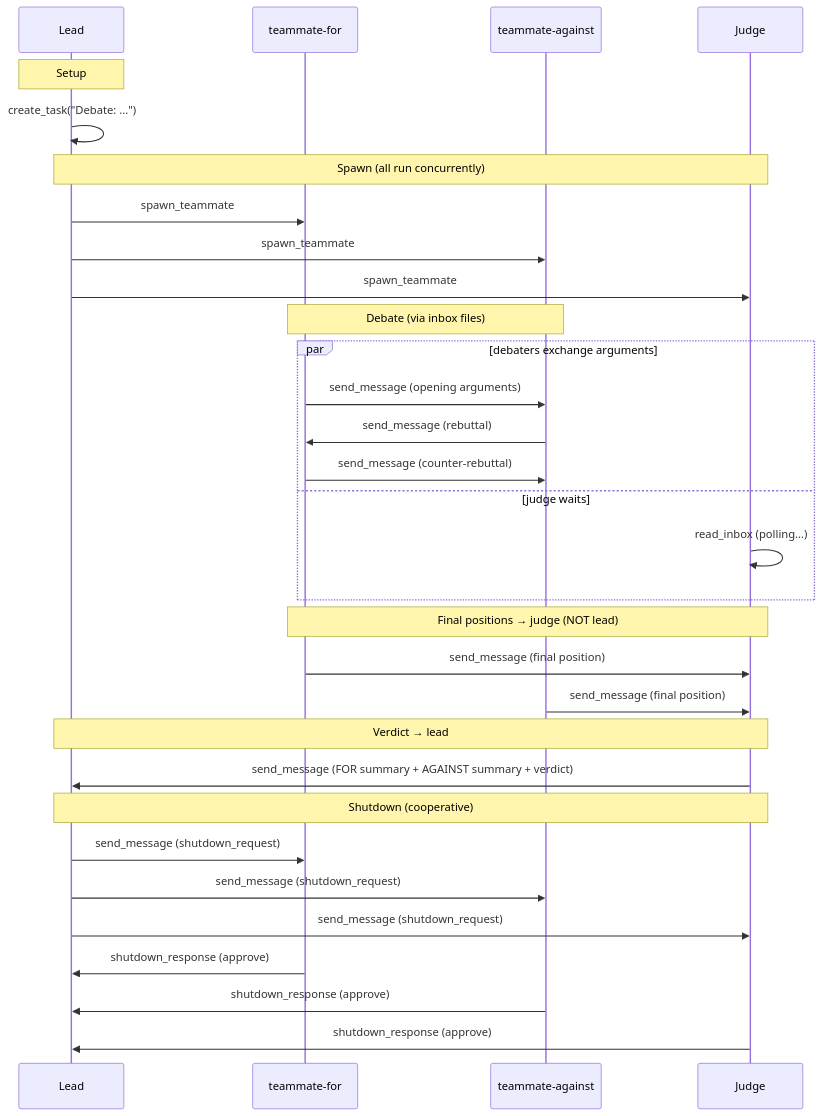
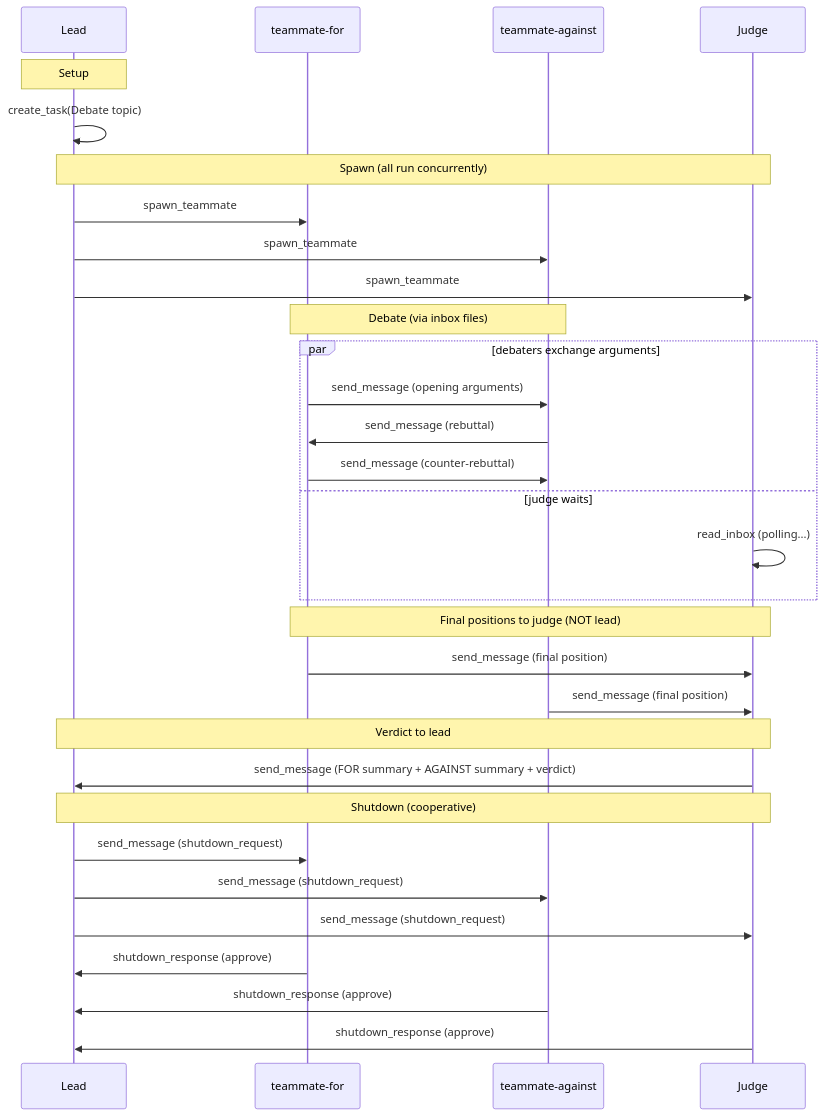
Before and after one commit to hippogriff-ai/concept-demos: the diagram in nano_team/README.md, drawn with Mermaid.

Commit message:
Fix mermaid syntax: remove unicode arrows and quotes

````diff
--- a/nano_team/README.md
+++ b/nano_team/README.md
@@ -133,39 +133,39 @@
 ```mermaid
 sequenceDiagram
     participant L as Lead
     participant F as teammate-for
     participant A as teammate-against
     participant J as Judge
 
     Note over L: Setup
-    L->>L: create_task("Debate: ...")
+    L->>L: create_task(Debate topic)
 
     Note over L,J: Spawn (all run concurrently)
     L->>F: spawn_teammate
     L->>A: spawn_teammate
     L->>J: spawn_teammate
 
     Note over F,A: Debate (via inbox files)
     par debaters exchange arguments
         F->>A: send_message (opening arguments)
         A->>F: send_message (rebuttal)
         F->>A: send_message (counter-rebuttal)
     and judge waits
         J->>J: read_inbox (polling...)
     end
 
-    Note over F,J: Final positions → judge (NOT lead)
+    Note over F,J: Final positions to judge (NOT lead)
     F->>J: send_message (final position)
     A->>J: send_message (final position)
 
-    Note over J,L: Verdict → lead
+    Note over J,L: Verdict to lead
     J->>L: send_message (FOR summary + AGAINST summary + verdict)
 
     Note over L,J: Shutdown (cooperative)
     L->>F: send_message (shutdown_request)
     L->>A: send_message (shutdown_request)
     L->>J: send_message (shutdown_request)
     F->>L: shutdown_response (approve)
     A->>L: shutdown_response (approve)
     J->>L: shutdown_response (approve)
 ```
````
